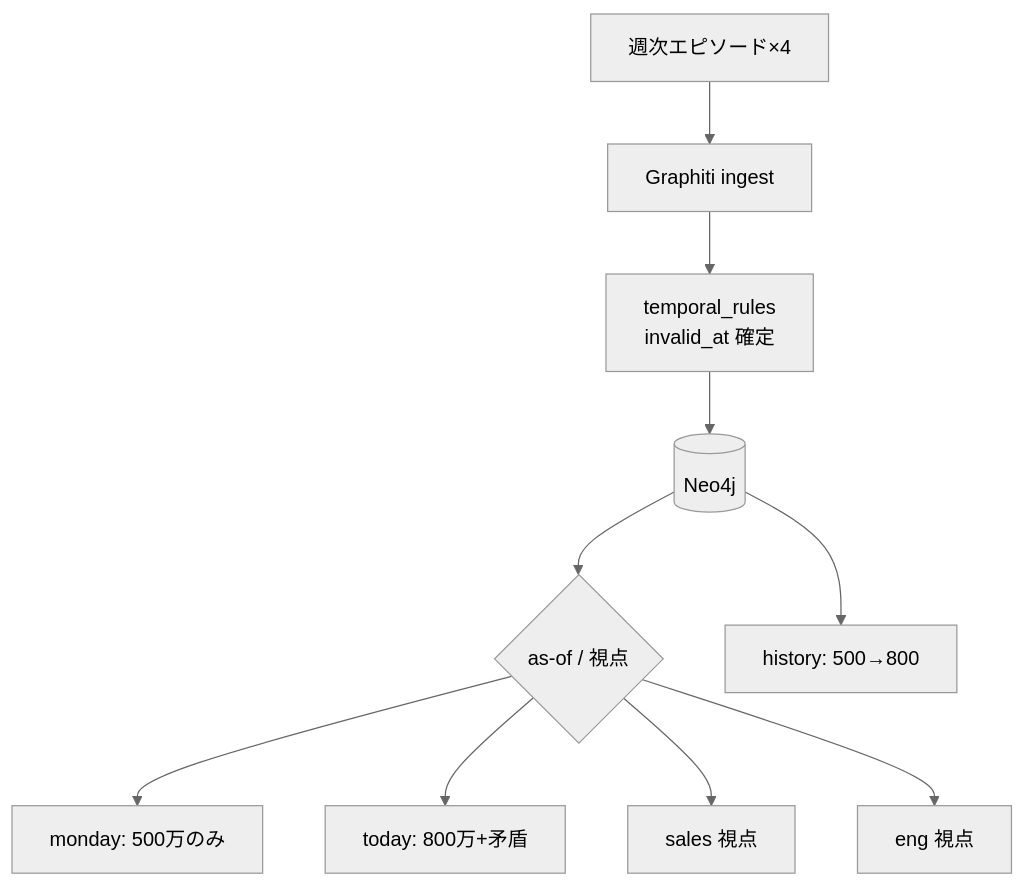
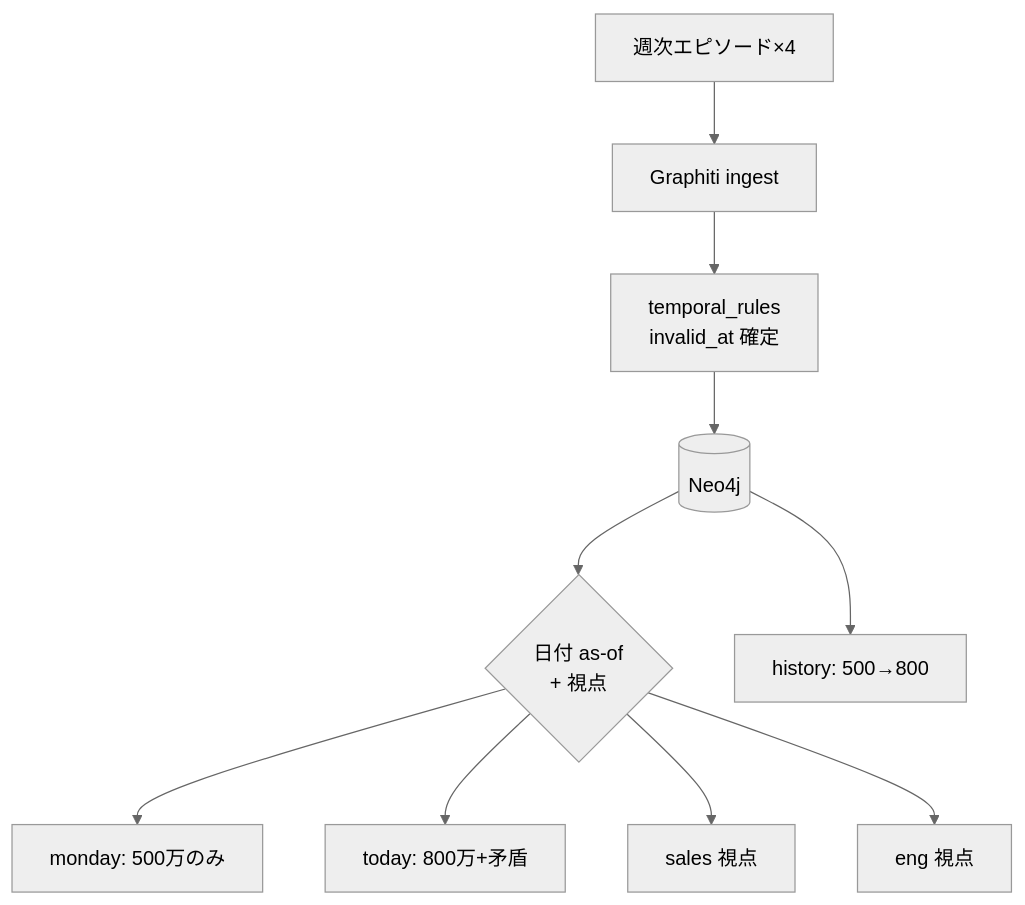
One commit to DevRev-JP/tech-blog changed the fifth of 6 diagrams in articles/kg-puzzle-agent-langgraph.md. Above: the diagram before and after it, drawn with Mermaid (neutral theme). The commit also changed other lines of this file and 3 other files, not shown here.

````diff
--- a/articles/kg-puzzle-agent-langgraph.md
+++ b/articles/kg-puzzle-agent-langgraph.md
@@ -273,12 +304,12 @@
 ```mermaid
 flowchart TD
   EP[週次エピソード×4] --> ING[Graphiti ingest]
   ING --> SSOT[temporal_rules<br/>invalid_at 確定]
   SSOT --> NEO[(Neo4j)]
-  NEO --> BR{as-of / 視点}
+  NEO --> BR{日付 as-of<br/>+ 視点}
   BR --> MON[monday: 500万のみ]
   BR --> TOD[today: 800万+矛盾]
   BR --> SAL[sales 視点]
   BR --> ENG[eng 視点]
   NEO --> HIST[history: 500→800]
 ```
````
